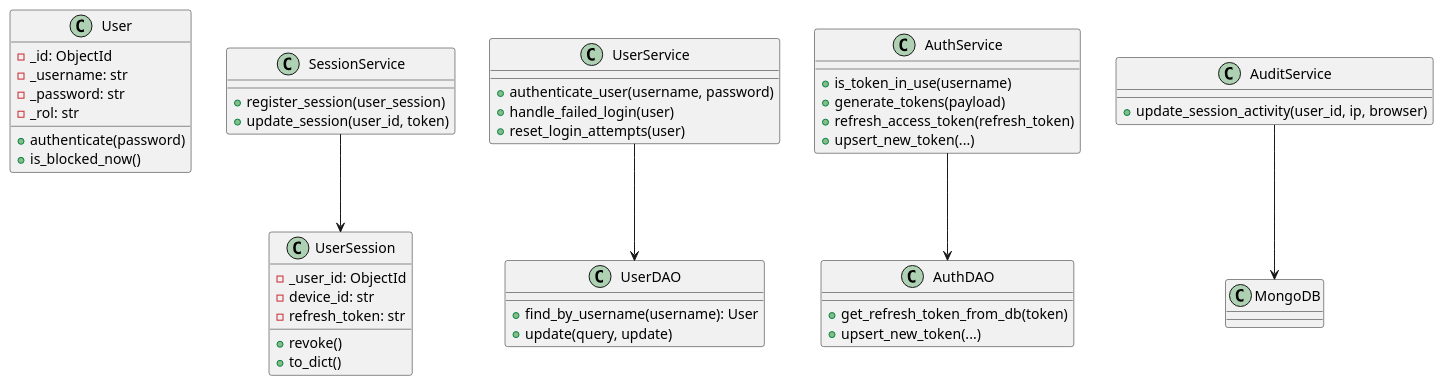
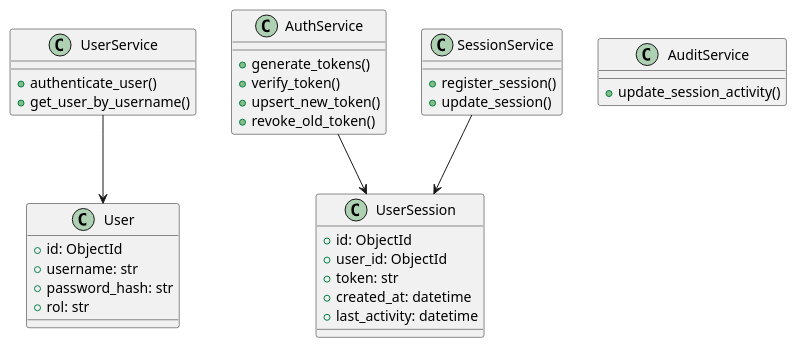
The second of 4 diagrams in UML/login/diagrama_flujo_login.puml (dev-ojeda/poc-manage-token), drawn with PlantUML before and after one commit. The commit also changed other lines of this file and 6 other files, not shown here.

Commit message:
Update Diagramas

```diff
--- a/UML/login/diagrama_flujo_login.puml
+++ b/UML/login/diagrama_flujo_login.puml
@@ -19,58 +19,41 @@
 @startuml
-' ======================================================
-' 2. Diagrama de Clases (Login)
-' ======================================================
 class User {
-  -_id: ObjectId
-  -_username: str
-  -_password: str
-  -_rol: str
-  +authenticate(password)
-  +is_blocked_now()
+  +id: ObjectId
+  +username: str
+  +password_hash: str
+  +rol: str
 }
 
 class UserSession {
-  -_user_id: ObjectId
-  -device_id: str
-  -refresh_token: str
-  +revoke()
-  +to_dict()
+  +id: ObjectId
+  +user_id: ObjectId
+  +token: str
+  +created_at: datetime
+  +last_activity: datetime
 }
 
-class UserDAO {
-  +find_by_username(username): User
-  +update(query, update)
-}
-
-class AuthDAO {
-  +get_refresh_token_from_db(token)
-  +upsert_new_token(...)
+class AuthService {
+  +generate_tokens()
+  +verify_token()
+  +upsert_new_token()
+  +revoke_old_token()
 }
 
 class UserService {
-  +authenticate_user(username, password)
-  +handle_failed_login(user)
-  +reset_login_attempts(user)
-}
-
-class AuthService {
-  +is_token_in_use(username)
-  +generate_tokens(payload)
-  +refresh_access_token(refresh_token)
-  +upsert_new_token(...)
+  +authenticate_user()
+  +get_user_by_username()
 }
 
 class SessionService {
-  +register_session(user_session)
-  +update_session(user_id, token)
+  +register_session()
+  +update_session()
 }
 
 class AuditService {
-  +update_session_activity(user_id, ip, browser)
+  +update_session_activity()
 }
 
-UserService --> UserDAO
-AuthService --> AuthDAO
+UserService --> User
 SessionService --> UserSession
-AuditService --> MongoDB
+AuthService --> UserSession
 @enduml
```
